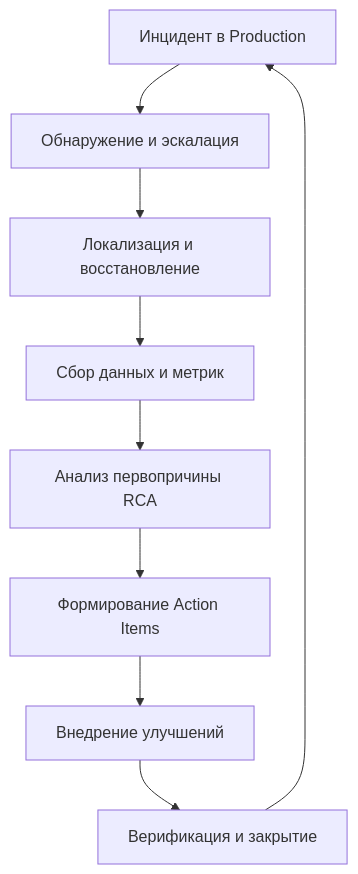
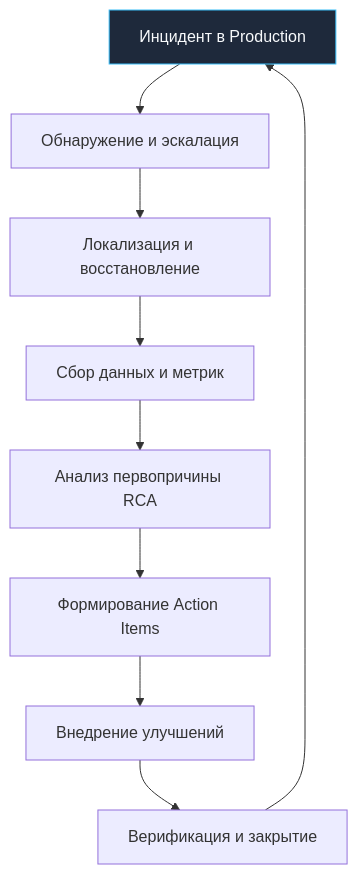
One commit to UnrealTemplier/go-textbook changed the second of 2 diagrams in sources/14. Распределенные системы на Go/08. Практика/10. Постмортемы.md. Above: the diagram before and after it, drawn with Mermaid. The commit also changed other lines of this file and 1666 other files, not shown here.

First line of the commit message:
feat(mermaid): add semantic color classDef to 1369 colorless flowchart/graph diagrams

````diff
--- a/sources/14. Распределенные системы на Go/08. Практика/10. Постмортемы.md
+++ b/sources/14. Распределенные системы на Go/08. Практика/10. Постмортемы.md
@@ -53,11 +63,21 @@
 ```mermaid
 flowchart TD
-    A["Инцидент в Production"] --> B["Обнаружение и эскалация"]
+    classDef process  fill:#1e293b,stroke:#38bdf8,stroke-width:1px,color:#f8fafc
+    classDef success  fill:#064e3b,stroke:#34d399,stroke-width:1px,color:#f8fafc
+    classDef error    fill:#7f1d1d,stroke:#f87171,stroke-width:1px,color:#f8fafc
+    classDef warning  fill:#78350f,stroke:#fbbf24,stroke-width:1px,color:#f8fafc
+    classDef entry    fill:#1e3a5f,stroke:#38bdf8,stroke-width:2px,color:#f8fafc
+    classDef aux      fill:#334155,stroke:#64748b,stroke-width:1px,color:#f8fafc
+    classDef system   fill:#312e81,stroke:#a78bfa,stroke-width:1px,color:#f8fafc
+    classDef data     fill:#132d29,stroke:#2dd4bf,stroke-width:1px,color:#f8fafc
+    classDef network  fill:#881337,stroke:#fb7185,stroke-width:1px,color:#f8fafc
+    classDef accent   fill:#1e1b4b,stroke:#818cf8,stroke-width:1px,color:#f8fafc
+    A["Инцидент в Production"]:::process --> B["Обнаружение и эскалация"]
     B --> C["Локализация и восстановление"]
     C --> D["Сбор данных и метрик"]
     D --> E["Анализ первопричины RCA"]
     E --> F["Формирование Action Items"]
     F --> G["Внедрение улучшений"]
     G --> H["Верификация и закрытие"]
     H --> A
 ```
````
